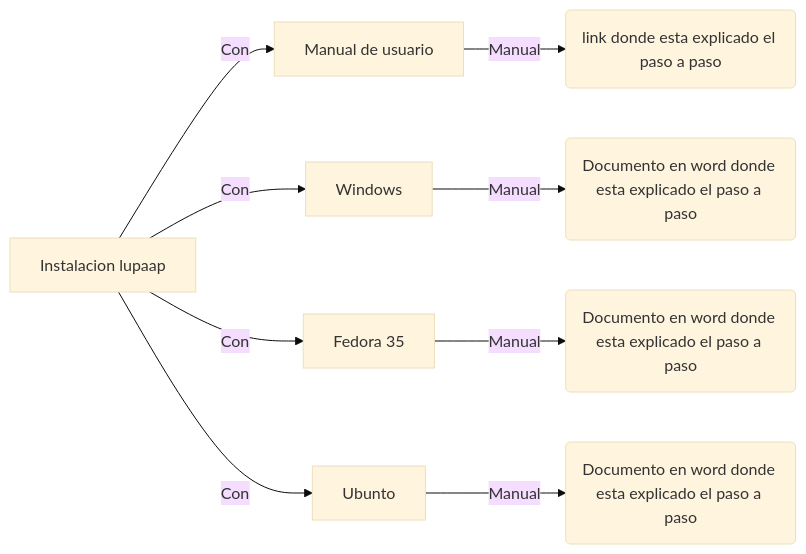
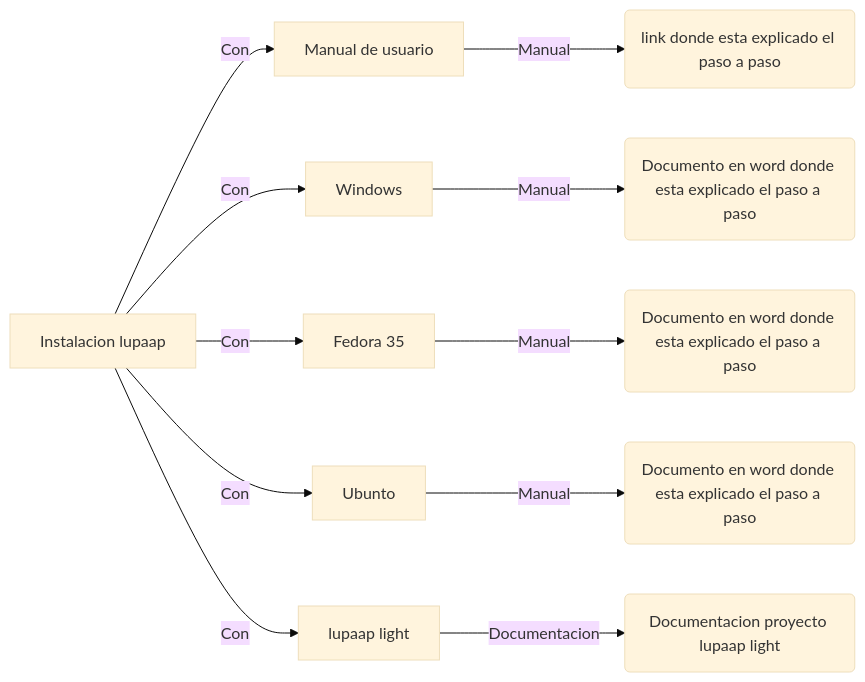
The diagram in README.md (frankn9/-Instalacion-lupaap), drawn with Mermaid (base theme) before and after one commit. The commit also changed other lines of this file, not shown here.

````diff
--- a/README.md
+++ b/README.md
@@ -40,12 +40,13 @@
 ```mermaid
 graph LR
 A[Instalacion lupaap] -- Con --> B(Manual de usuario)
 A[Instalacion lupaap] -- Con --> C(Windows)
 A[Instalacion lupaap] -- Con --> D(Fedora 35)
 A[Instalacion lupaap] -- Con --> E(Ubuntu)
-B[Manual de usuario] -- Manual --> F( link donde esta explicado el paso a paso)
-C[Windows] -- Manual --> G(Documento en word donde esta explicado el paso a paso)
-D[Fedora 35] -- Manual--> H(Documento en word donde esta explicado el paso a paso)
-E[Ubunto] -- Manual--> I(Documento en word donde esta explicado el paso a paso)
-
+A[Instalacion lupaap] -- Con --> F(Lupaap light)
+B[Manual de usuario] -- Manual --> G( link donde esta explicado el paso a paso)
+C[Windows] -- Manual --> H(Documento en word donde esta explicado el paso a paso)
+D[Fedora 35] -- Manual--> I(Documento en word donde esta explicado el paso a paso)
+E[Ubunto] -- Manual--> J(Documento en word donde esta explicado el paso a paso)
+F[lupaap light]-- Documentacion--> K(Documentacion proyecto lupaap light)
 ```
````
